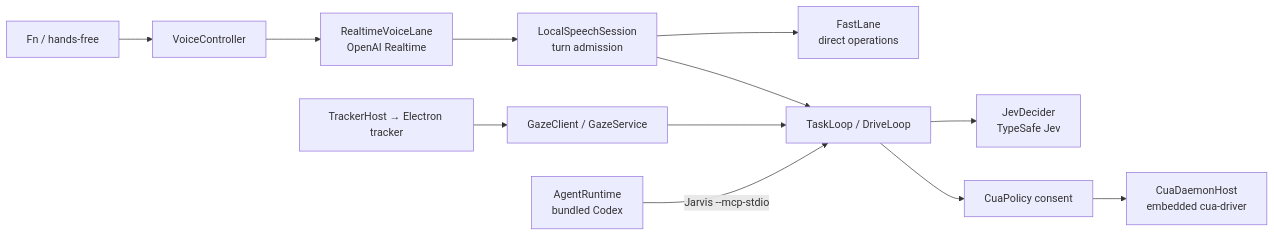
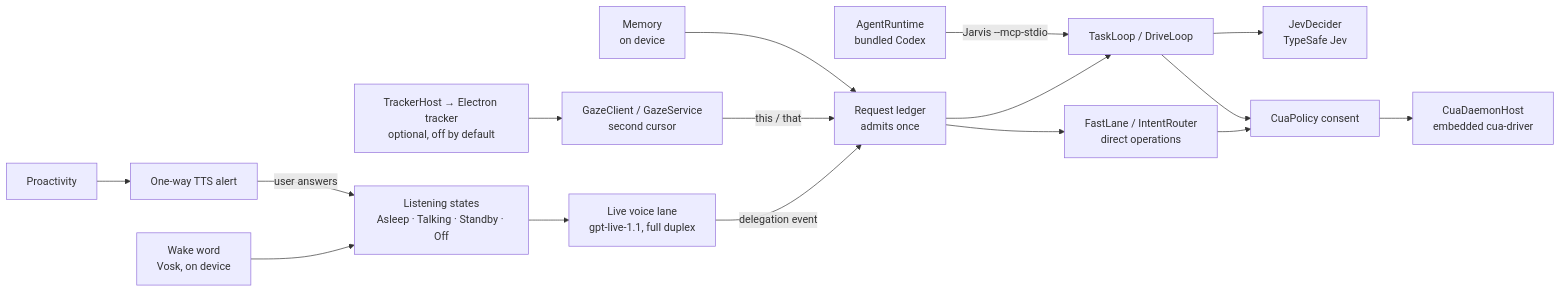
The diagram in ARCHITECTURE.md (HunchoBarney/MacOS_Gaze_Voice_CUA_v1), drawn with Mermaid before and after one commit. The commit also changed other lines of this file and 5 other files, not shown here.

First line of the commit message:
Docs: Jarvis is hands-free on GPT-Live, no Fn (L0) (#581)

````diff
--- a/ARCHITECTURE.md
+++ b/ARCHITECTURE.md
@@ -7,14 +11,18 @@
 ```mermaid
 flowchart LR
-  Fn[Fn / hands-free] --> VC[VoiceController]
-  VC --> RL[RealtimeVoiceLane<br/>OpenAI Realtime]
-  RL --> LS[LocalSpeechSession<br/>turn admission]
-  LS --> FL[FastLane<br/>direct operations]
-  LS --> TL[TaskLoop / DriveLoop]
+  Wake[Wake word<br/>Vosk, on device] --> LS[Listening states<br/>Asleep · Talking · Standby · Off]
+  LS --> Live[Live voice lane<br/>gpt-live-1.1, full duplex]
+  Live -->|delegation event| Ledger[Request ledger<br/>admits once]
+  Ledger --> FL[FastLane / IntentRouter<br/>direct operations]
+  Ledger --> TL[TaskLoop / DriveLoop]
   TL --> JD[JevDecider<br/>TypeSafe Jev]
-  TL --> CP[CuaPolicy consent]
+  FL --> CP[CuaPolicy consent]
+  TL --> CP
   CP --> CD[CuaDaemonHost<br/>embedded cua-driver]
-  Gaze[TrackerHost → Electron tracker] --> GC[GazeClient / GazeService]
-  GC --> TL
+  Gaze[TrackerHost → Electron tracker<br/>optional, off by default] --> GC[GazeClient / GazeService<br/>second cursor]
+  GC -->|this / that| Ledger
+  Mem[Memory<br/>on device] --> Ledger
+  Pro[Proactivity] --> Alert[One-way TTS alert]
+  Alert -->|user answers| LS
   Agents[AgentRuntime<br/>bundled Codex] -->|Jarvis --mcp-stdio| TL
 ```
````
